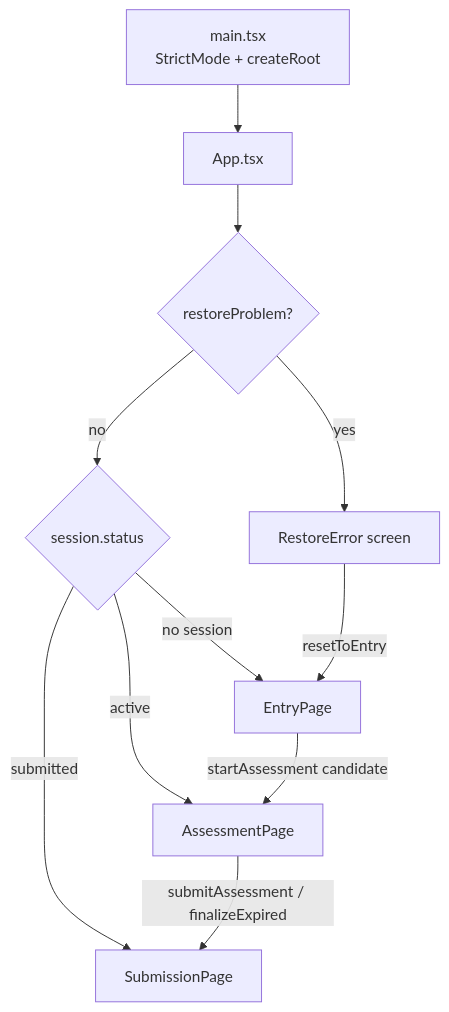
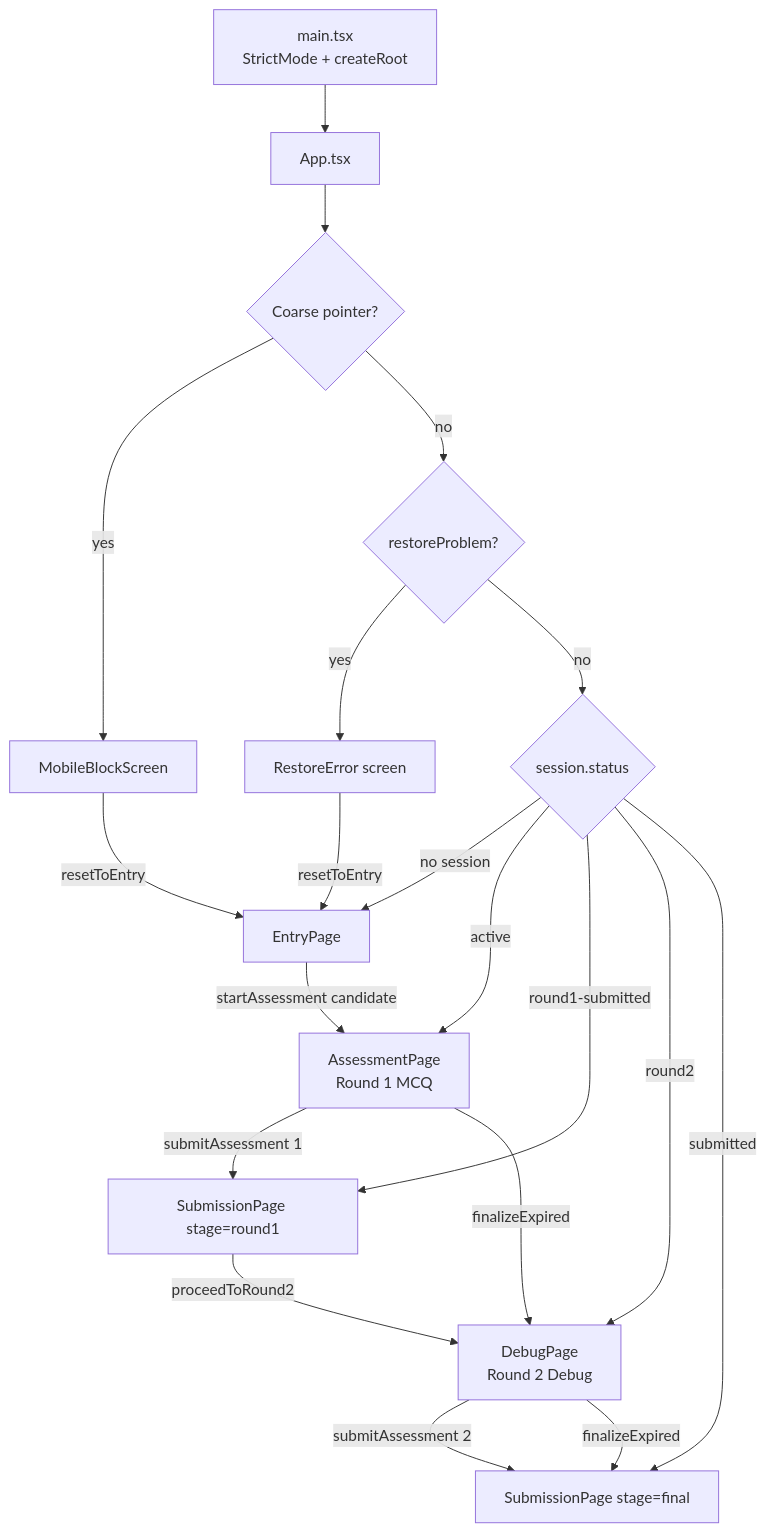
One commit to AjayCSE29/Amscodeathon-crackthecode changed the first of 4 diagrams in ARCHITECTURE.md. Above: the diagram before and after it, drawn with Mermaid. The commit also changed other lines of this file and 2 other files, not shown here.

First line of the commit message:
Rewrite docs for the two-round flow

````diff
--- a/ARCHITECTURE.md
+++ b/ARCHITECTURE.md
@@ -52,13 +59,22 @@
 ```mermaid
 flowchart TD
   M[main.tsx<br/>StrictMode + createRoot] --> App[App.tsx]
-  App --> Restore{restoreProblem?}
+  App --> Mobile{Coarse pointer?}
+  Mobile -- yes --> Block[MobileBlockScreen]
+  Mobile -- no --> Restore{restoreProblem?}
   Restore -- yes --> Error[RestoreError screen]
   Restore -- no --> Status{session.status}
   Status -- no session --> Entry[EntryPage]
-  Status -- active --> Active[AssessmentPage]
-  Status -- submitted --> Submitted[SubmissionPage]
+  Status -- active --> Active[AssessmentPage<br/>Round 1 MCQ]
+  Status -- round1-submitted --> R1Done[SubmissionPage stage=round1]
+  Status -- round2 --> Debug[DebugPage<br/>Round 2 Debug]
+  Status -- submitted --> Final[SubmissionPage stage=final]
   Entry -- startAssessment candidate --> Active
-  Active -- submitAssessment / finalizeExpired --> Submitted
+  Active -- submitAssessment 1 --> R1Done
+  Active -- finalizeExpired --> Debug
+  R1Done -- proceedToRound2 --> Debug
+  Debug -- submitAssessment 2 --> Final
+  Debug -- finalizeExpired --> Final
+  Block -- resetToEntry --> Entry
   Error -- resetToEntry --> Entry
 ```
````
